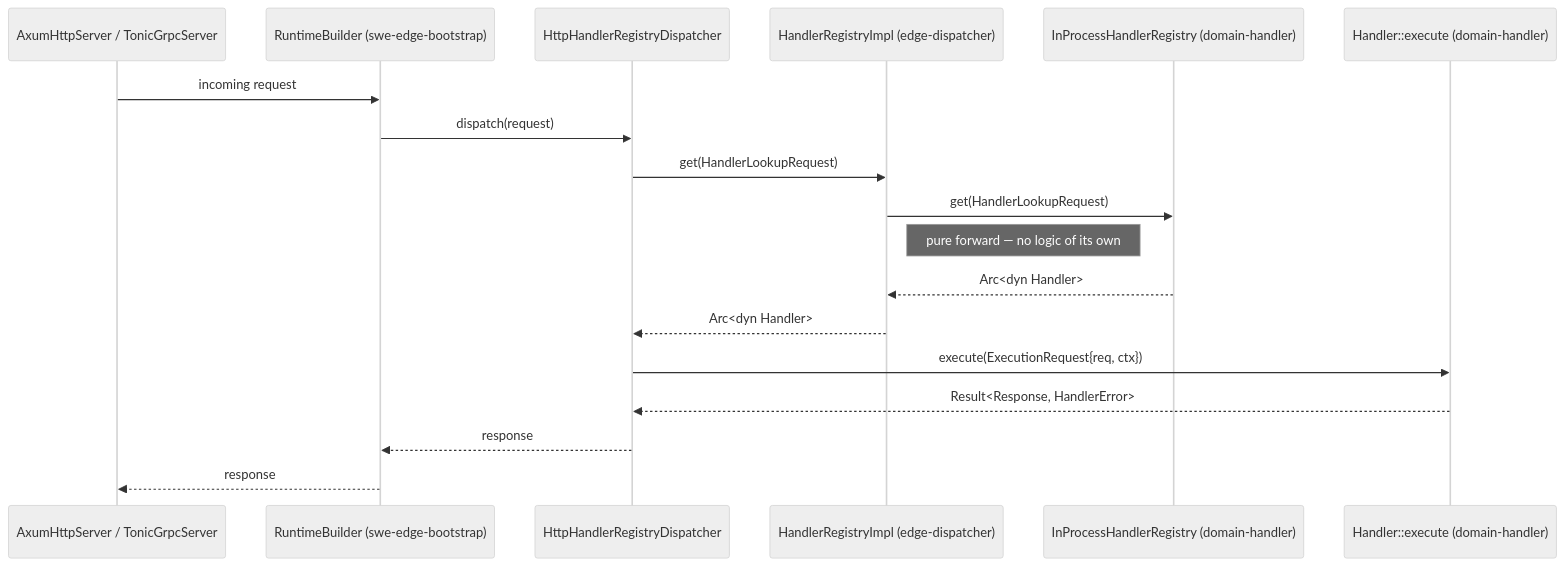
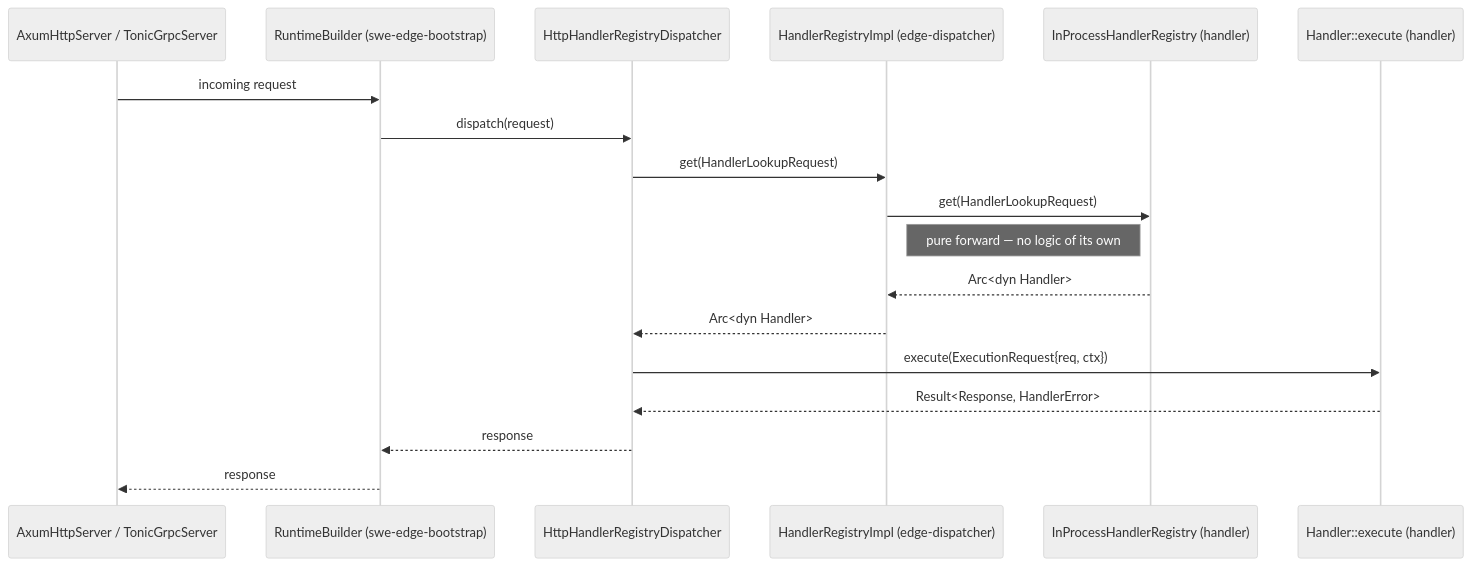
The first of 2 diagrams in scm/docs/3-design/dataflow.md (sweengineeringlabs/edge-domain), drawn with Mermaid (neutral theme) before and after one commit. The commit also changed other lines of this file and 1325 other files, not shown here.

````diff
--- a/scm/docs/3-design/dataflow.md
+++ b/scm/docs/3-design/dataflow.md
@@ -26,21 +26,21 @@
 ```mermaid
 sequenceDiagram
     participant Server as AxumHttpServer / TonicGrpcServer
     participant Builder as RuntimeBuilder (swe-edge-bootstrap)
     participant Dispatcher as HttpHandlerRegistryDispatcher
     participant Impl as HandlerRegistryImpl (edge-dispatcher)
-    participant Reg as InProcessHandlerRegistry (domain-handler)
-    participant Handler as Handler::execute (domain-handler)
+    participant Reg as InProcessHandlerRegistry (handler)
+    participant Handler as Handler::execute (handler)
 
     Server->>Builder: incoming request
     Builder->>Dispatcher: dispatch(request)
     Dispatcher->>Impl: get(HandlerLookupRequest)
     Impl->>Reg: get(HandlerLookupRequest)
     Note right of Impl: pure forward — no logic of its own
     Reg-->>Impl: Arc<dyn Handler>
     Impl-->>Dispatcher: Arc<dyn Handler>
     Dispatcher->>Handler: execute(ExecutionRequest{req, ctx})
     Handler-->>Dispatcher: Result<Response, HandlerError>
     Dispatcher-->>Builder: response
     Builder-->>Server: response
 ```
````
